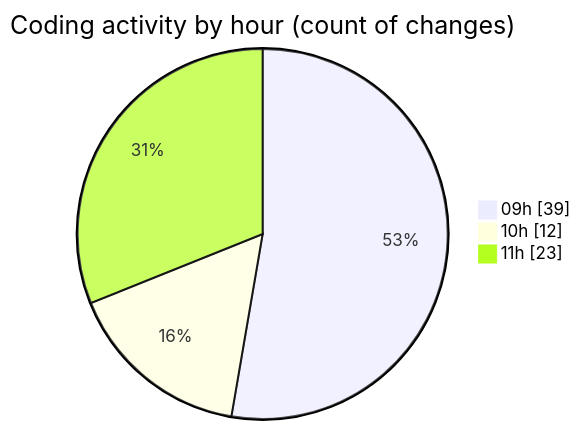
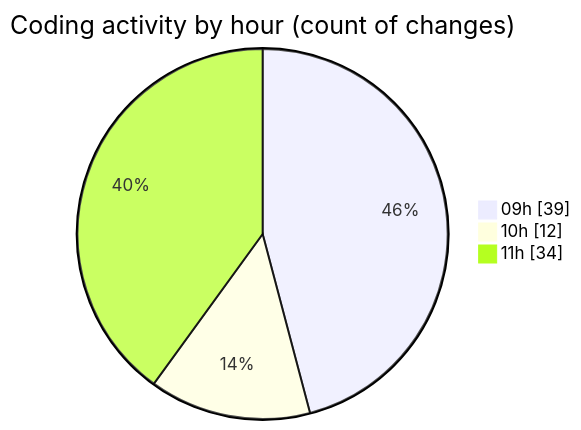
Before and after one commit to momahboobian/code-tracking: the second of 2 diagrams in 2025-03-04/cda/README.md, drawn with Mermaid. The commit also changed other lines of this file and 1 other file, not shown here.

````diff
--- a/2025-03-04/cda/README.md
+++ b/2025-03-04/cda/README.md
@@ -33,7 +33,7 @@
 ```mermaid
 pie showData
 title Coding activity by hour (count of changes)
 "09h" : 39
 "10h" : 12
-"11h" : 23
+"11h" : 34
 ```
````
